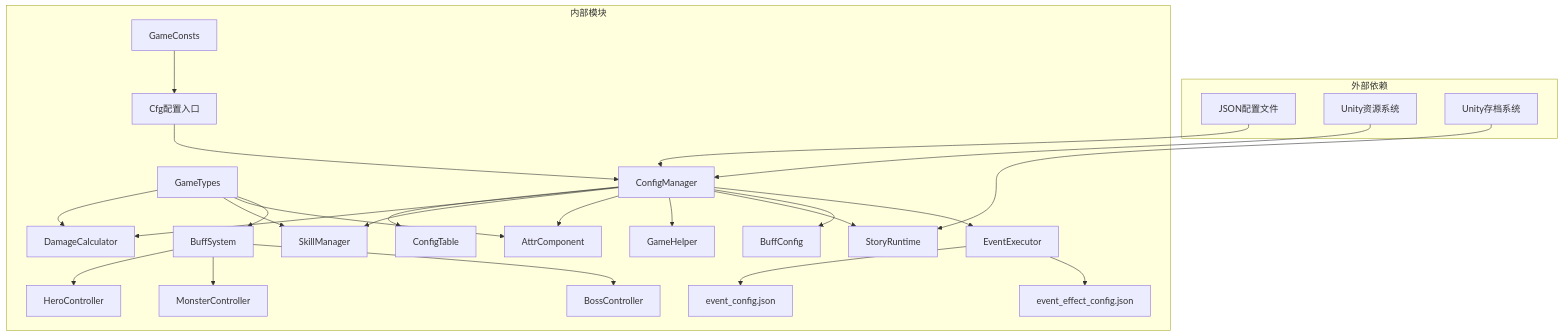
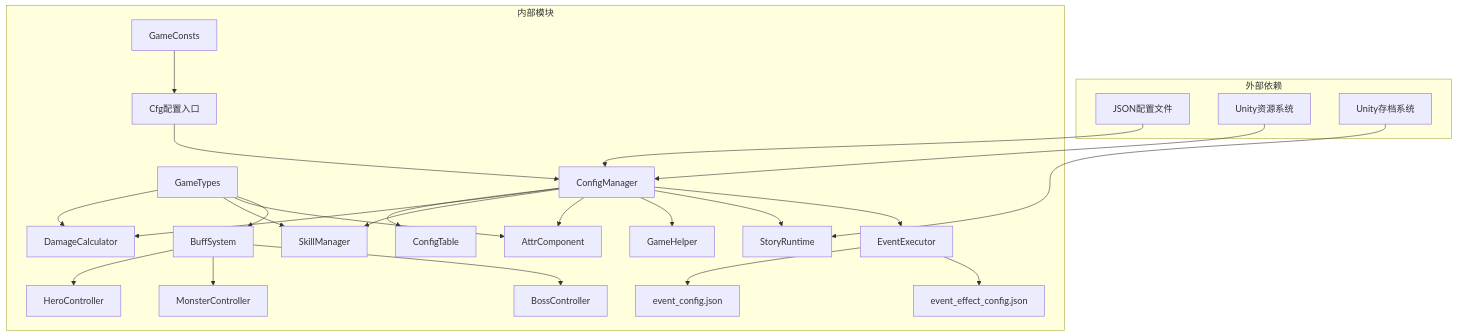
Diagram 15 of 15 in .qoder/repowiki/zh/content/核心架构/游戏常量与类型.md (Tuusen/p1_client), drawn with Mermaid before and after one commit. The commit also changed other lines of this file and 14 other files, not shown here.

````diff
--- a/.qoder/repowiki/zh/content/核心架构/游戏常量与类型.md
+++ b/.qoder/repowiki/zh/content/核心架构/游戏常量与类型.md
@@ -696,50 +706,48 @@
 ```mermaid
 graph TB
 subgraph "外部依赖"
 JSON[JSON配置文件]
 Resources[Unity资源系统]
 PlayerPrefs[Unity存档系统]
 end
 subgraph "内部模块"
 GC[GameConsts]
 GT[GameTypes]
 CFG[Cfg配置入口]
 CM[ConfigManager]
 CT[ConfigTable]
 DC[DamageCalculator]
 SM[SkillManager]
 AC[AttrComponent]
 GH[GameHelper]
 SR[StoryRuntime]
 BS[BuffSystem]
 HC[HeroController]
 MC[MonsterController]
 BOSS[BossController]
-BC[BuffConfig]
 EE[EventExecutor]
 ESJ[event_config.json]
 EESJ[event_effect_config.json]
 end
 JSON --> CM
 Resources --> CM
 PlayerPrefs --> SR
 GC --> CFG
 GT --> DC
 GT --> SM
 GT --> AC
 GT --> BS
 CFG --> CM
 CM --> CT
 CM --> DC
 CM --> SM
 CM --> AC
 CM --> GH
 CM --> SR
-CM --> BC
 CM --> EE
 EE --> ESJ
 EE --> EESJ
 BS --> HC
 BS --> MC
 BS --> BOSS
 ```
````
